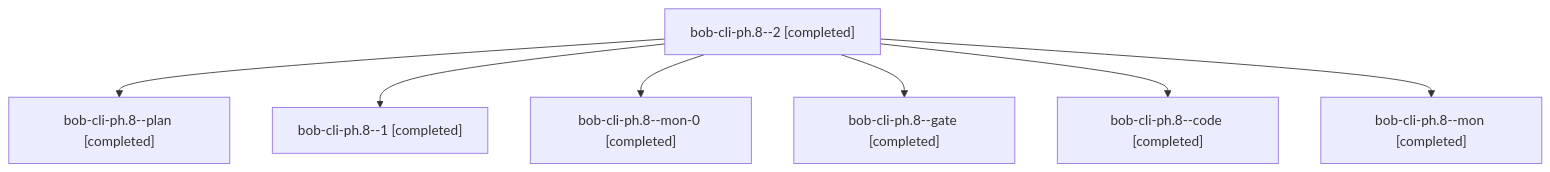
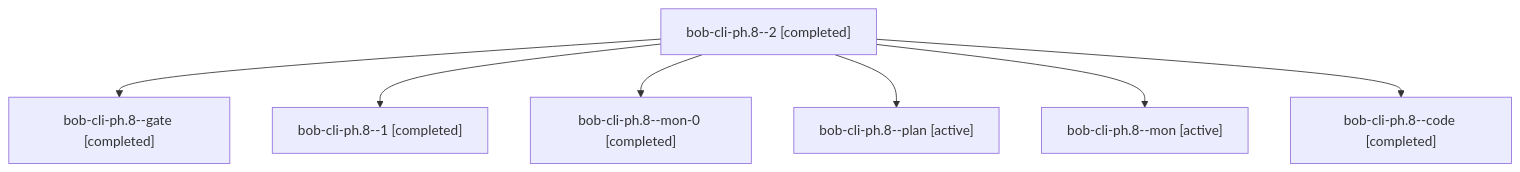
The diagram in sessions/bbugyi200.apollo.bob-cli-ph.8.md (bobs-org/bob-cli--agents), drawn with Mermaid before and after one commit. The commit also changed other lines of this file and 145 other files, not shown here.

````diff
--- a/sessions/bbugyi200.apollo.bob-cli-ph.8.md
+++ b/sessions/bbugyi200.apollo.bob-cli-ph.8.md
@@ -9,16 +9,16 @@
 ```mermaid
 flowchart TD
   n0["bob-cli-ph.8--2 [completed]"]
-  n1["bob-cli-ph.8--plan [completed]"]
+  n1["bob-cli-ph.8--gate [completed]"]
   n0 --> n1
   n2["bob-cli-ph.8--1 [completed]"]
   n0 --> n2
   n3["bob-cli-ph.8--mon-0 [completed]"]
   n0 --> n3
-  n4["bob-cli-ph.8--gate [completed]"]
+  n4["bob-cli-ph.8--plan [active]"]
   n0 --> n4
-  n5["bob-cli-ph.8--code [completed]"]
+  n5["bob-cli-ph.8--mon [active]"]
   n0 --> n5
-  n6["bob-cli-ph.8--mon [completed]"]
+  n6["bob-cli-ph.8--code [completed]"]
   n0 --> n6
 ```
````
